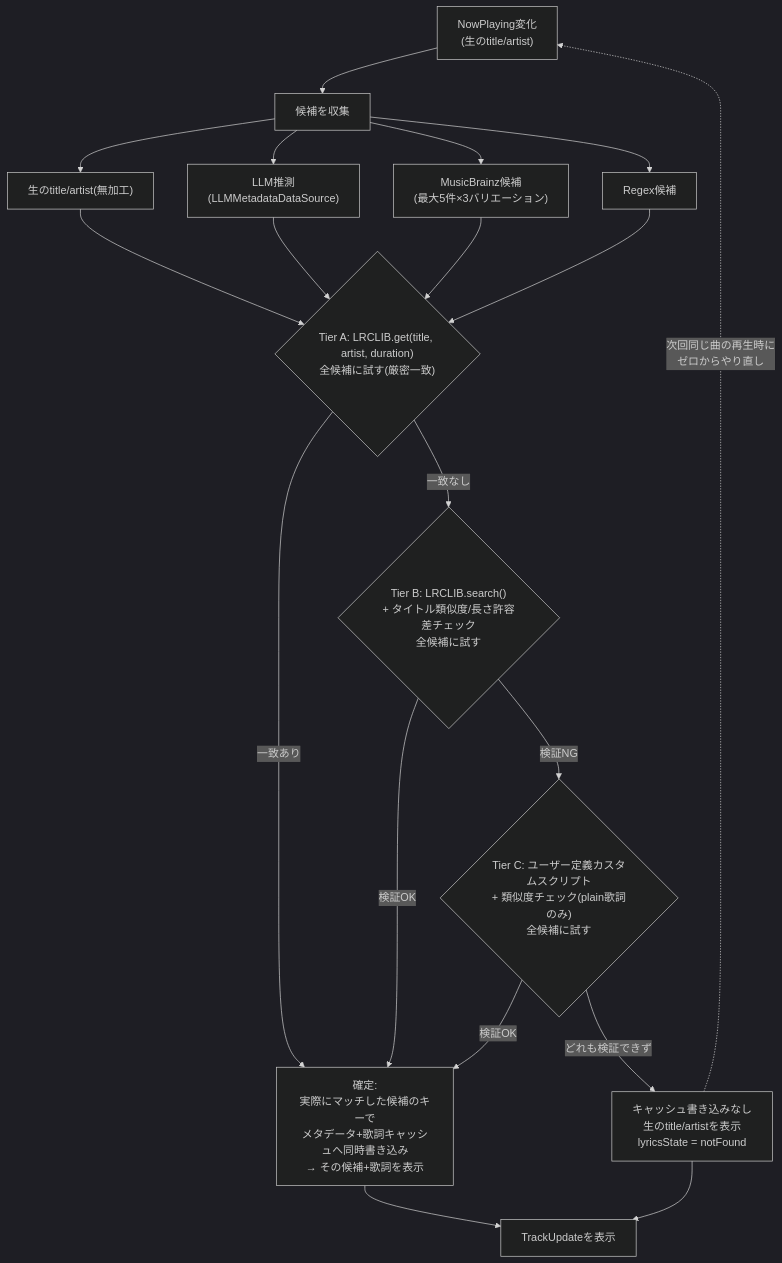
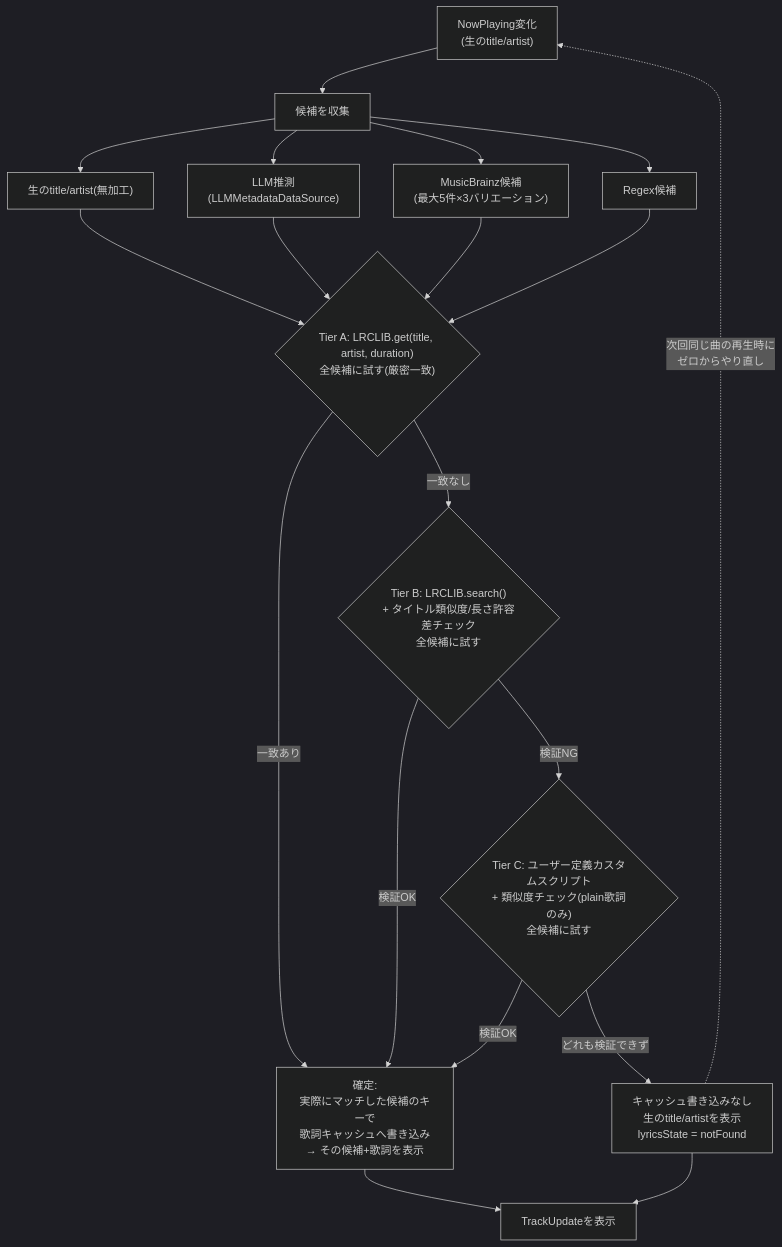
Before and after one commit to GeneralD/lyra: the diagram in docs/superpowers/specs/2026-07-09-confidence-based-lyrics-resolution-design.md, drawn with Mermaid (dark theme). The commit also changed other lines of this file, not shown here.

````diff
--- a/docs/superpowers/specs/2026-07-09-confidence-based-lyrics-resolution-design.md
+++ b/docs/superpowers/specs/2026-07-09-confidence-based-lyrics-resolution-design.md
@@ -31,27 +31,27 @@
 ```mermaid
 flowchart TD
     A["NowPlaying変化<br/>(生のtitle/artist)"] --> B["候補を収集"]
     B --> B1["生のtitle/artist(無加工)"]
     B --> B2["LLM推測<br/>(LLMMetadataDataSource)"]
     B --> B3["MusicBrainz候補<br/>(最大5件×3バリエーション)"]
     B --> B4["Regex候補"]
 
     B1 --> C
     B2 --> C
     B3 --> C
     B4 --> C
 
     C{"Tier A: LRCLIB.get(title, artist, duration)<br/>全候補に試す(厳密一致)"}
-    C -->|"一致あり"| CONFIRM["確定:<br/>実際にマッチした候補のキーで<br/>メタデータ+歌詞キャッシュへ同時書き込み<br/>→ その候補+歌詞を表示"]
+    C -->|"一致あり"| CONFIRM["確定:<br/>実際にマッチした候補のキーで<br/>歌詞キャッシュへ書き込み<br/>→ その候補+歌詞を表示"]
     C -->|"一致なし"| D{"Tier B: LRCLIB.search()<br/>+ タイトル類似度/長さ許容差チェック<br/>全候補に試す"}
 
     D -->|"検証OK"| CONFIRM
     D -->|"検証NG"| E{"Tier C: ユーザー定義カスタムスクリプト<br/>+ 類似度チェック(plain歌詞のみ)<br/>全候補に試す"}
 
     E -->|"検証OK"| CONFIRM
     E -->|"どれも検証できず"| F["キャッシュ書き込みなし<br/>生のtitle/artistを表示<br/>lyricsState = notFound"]
 
     CONFIRM --> G["TrackUpdateを表示"]
     F --> G
     F -.->|"次回同じ曲の再生時に<br/>ゼロからやり直し"| A
 ```
````
